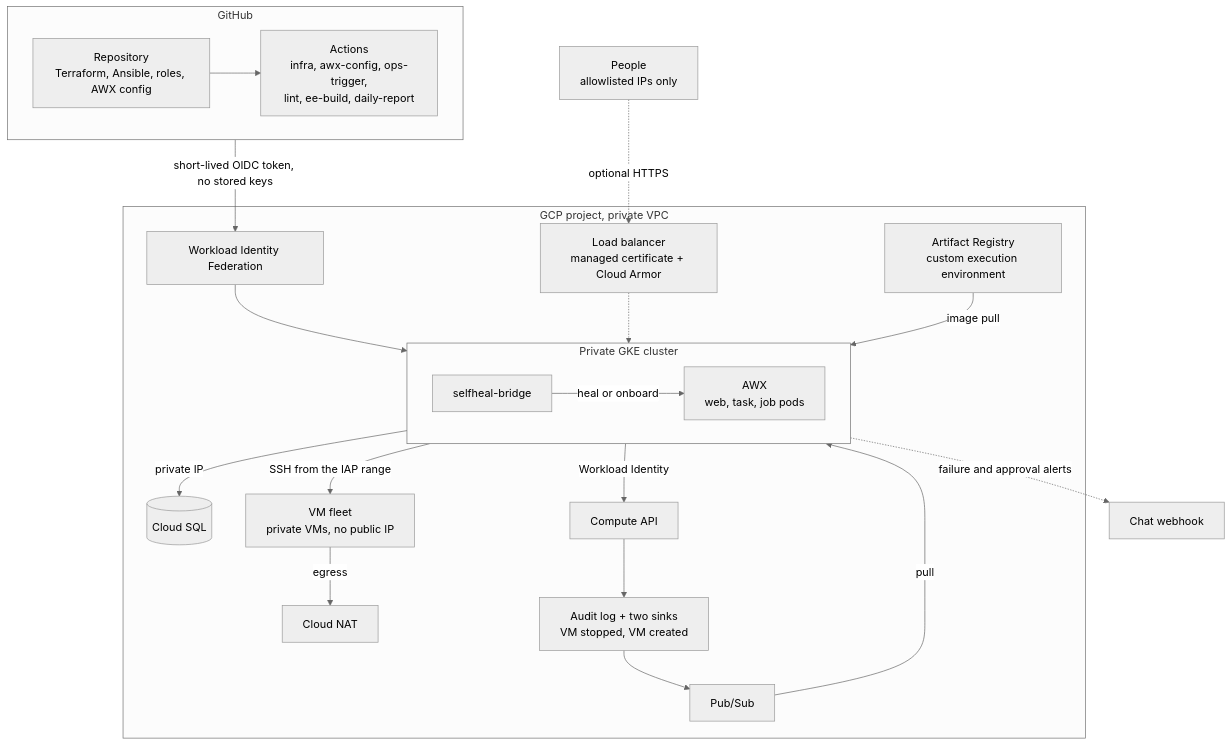
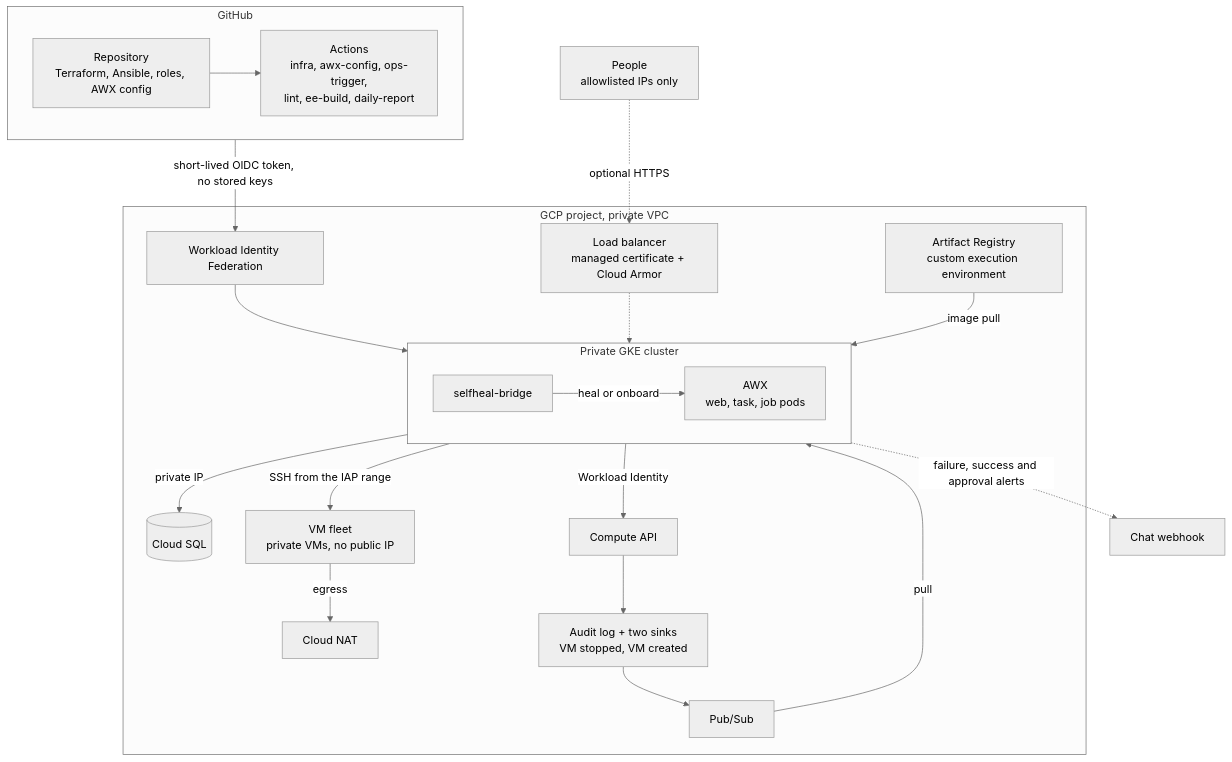
One commit to bikram-singh/gcp-awx-ops-automation changed the first of 6 diagrams in docs/ARCHITECTURE.md. Above: the diagram before and after it, drawn with Mermaid. The commit also changed 5 other files, not shown here.

Commit message:
Docs: notification results, success alerts, alert links

````diff
--- a/docs/ARCHITECTURE.md
+++ b/docs/ARCHITECTURE.md
@@ -9,32 +9,32 @@
 ```mermaid
 %%{init: {'theme': 'neutral'}}%%
 flowchart TB
   subgraph GH["GitHub"]
     direction LR
     repo["Repository<br/>Terraform, Ansible, roles, AWX config"] --> actions["Actions<br/>infra, awx-config, ops-trigger,<br/>lint, ee-build, daily-report"]
   end
 
   actions -- "short-lived OIDC token, no stored keys" --> wif["Workload Identity Federation"]
   people["People<br/>allowlisted IPs only"] -. "optional HTTPS" .-> lb["Load balancer<br/>managed certificate + Cloud Armor"]
 
   subgraph GCP["GCP project, private VPC"]
     wif --> awx
     lb -.-> awx
     subgraph GKE["Private GKE cluster"]
       direction LR
       awx["AWX<br/>web, task, job pods"]
       bridge["selfheal-bridge"]
     end
     ar["Artifact Registry<br/>custom execution environment"] -- "image pull" --> awx
     awx -- "private IP" --> sql[("Cloud SQL")]
     awx -- "SSH from the IAP range" --> fleet["VM fleet<br/>private VMs, no public IP"]
     awx -- "Workload Identity" --> api["Compute API"]
     fleet -- "egress" --> nat["Cloud NAT"]
     api --> logs["Audit log + two sinks<br/>VM stopped, VM created"]
     logs --> topic["Pub/Sub"]
     topic -- "pull" --> bridge
     bridge -- "heal or onboard" --> awx
   end
 
-  awx -. "failure and approval alerts" .-> chat["Chat webhook"]
+  awx -. "failure, success and approval alerts" .-> chat["Chat webhook"]
 ```
````
